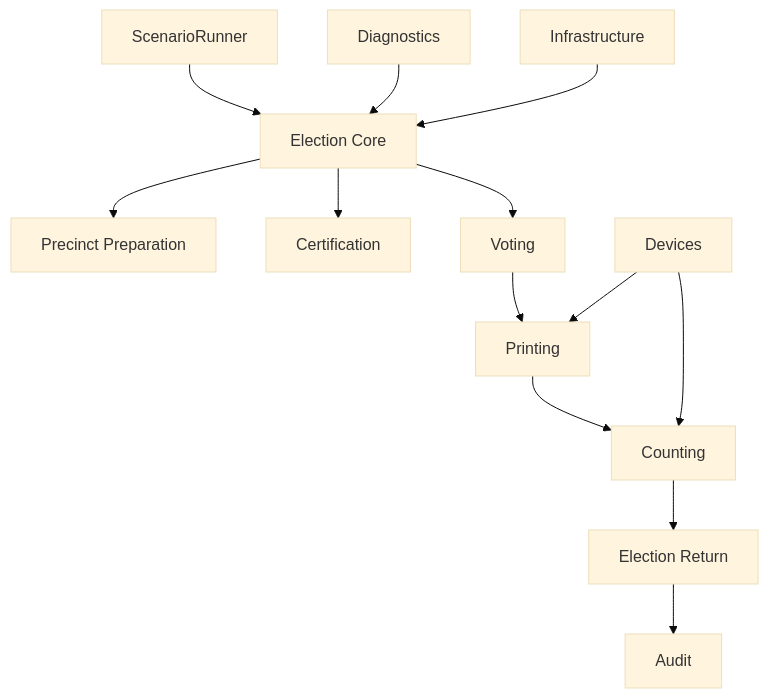
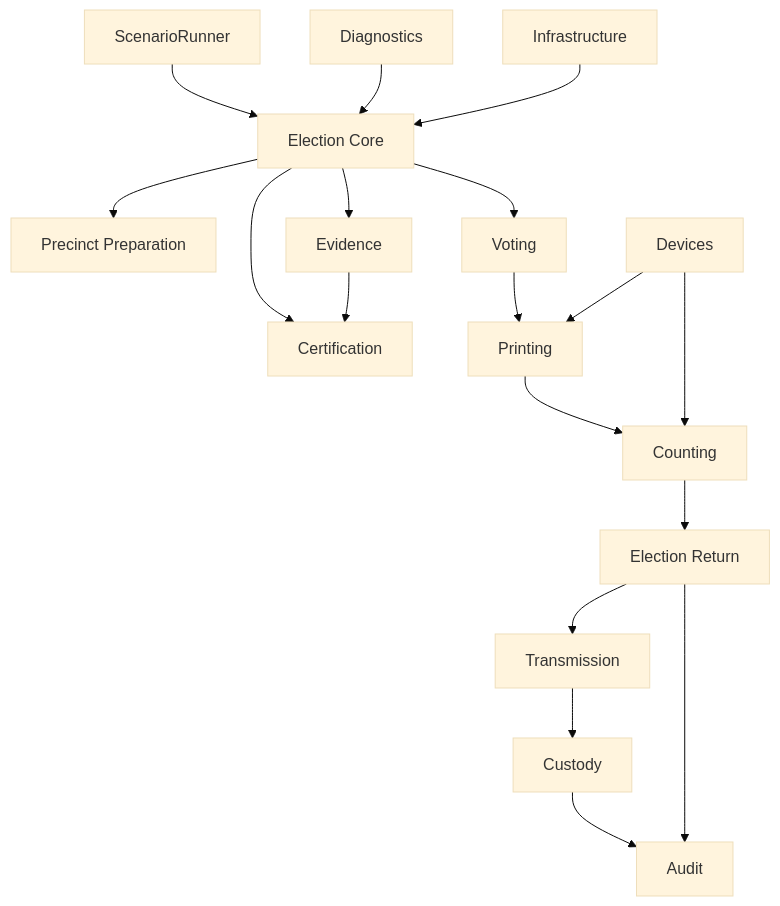
One commit to 3neti/aes changed the ninth of 12 diagrams in docs/SYSTEM_ANALYSIS.md. Above: the diagram before and after it, drawn with Mermaid (base theme). The commit also changed other lines of this file and 16 other files, not shown here.

Commit message:
feat: implement transmission and custody slice infrastructure

````diff
--- a/docs/SYSTEM_ANALYSIS.md
+++ b/docs/SYSTEM_ANALYSIS.md
@@ -347,51 +395,67 @@
 ```mermaid
 flowchart TB
 
 Core[Election Core]
 
 Preparation[Precinct Preparation]
 
 Certification
 
 Voting
 
 Printing
 
 Counting
 
 Returns[Election Return]
 
+Evidence
+
+Transmission
+
+Custody
+
 Audit
 
 ScenarioRunner
 
 Diagnostics
 
 Devices
 
 Infrastructure
 
 Core --> Preparation
 
 Core --> Certification
 
 Core --> Voting
 
+Core --> Evidence
+
 Voting --> Printing
 
 Printing --> Counting
 
 Counting --> Returns
+
+Returns --> Transmission
+
+Transmission --> Custody
+
+Evidence --> Certification
+
+Custody --> Audit
 
 Returns --> Audit
 
 ScenarioRunner --> Core
 
 Diagnostics --> Core
 
 Devices --> Printing
 
 Devices --> Counting
 
 Infrastructure --> Core
 ```
````
